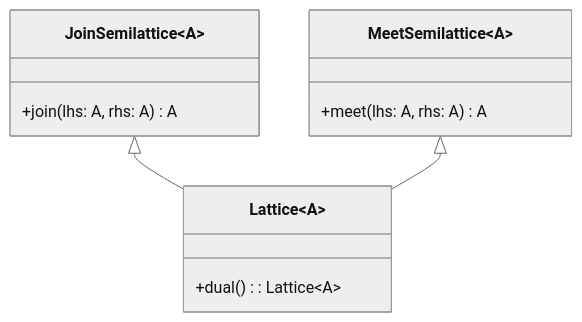
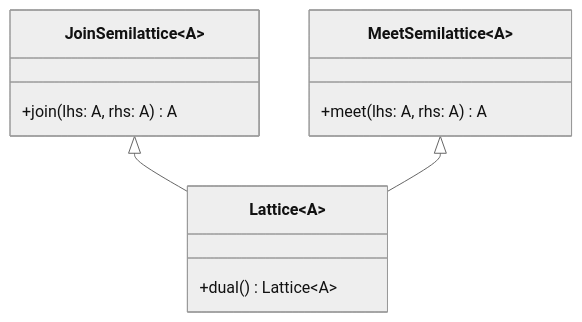
Before and after one commit to artemkorsakov/scalabook: the second of 2 diagrams in docs/typeclass/lattice/lattice.md, drawn with Mermaid (neutral theme). The commit also changed 1 other file, not shown here.

Commit message:
Add cats documentations

````diff
--- a/docs/typeclass/lattice/lattice.md
+++ b/docs/typeclass/lattice/lattice.md
@@ -103,15 +103,15 @@
 ```mermaid
 classDiagram
     class JoinSemilattice~A~ {
         +join(lhs: A, rhs: A) A
     }
     class MeetSemilattice~A~ {
         +meet(lhs: A, rhs: A) A
     }
     class Lattice~A~ {
-        +dual(): Lattice~A~
+        +dual() Lattice~A~
     }
 
     JoinSemilattice <|-- Lattice
     MeetSemilattice <|-- Lattice
 ```
````
